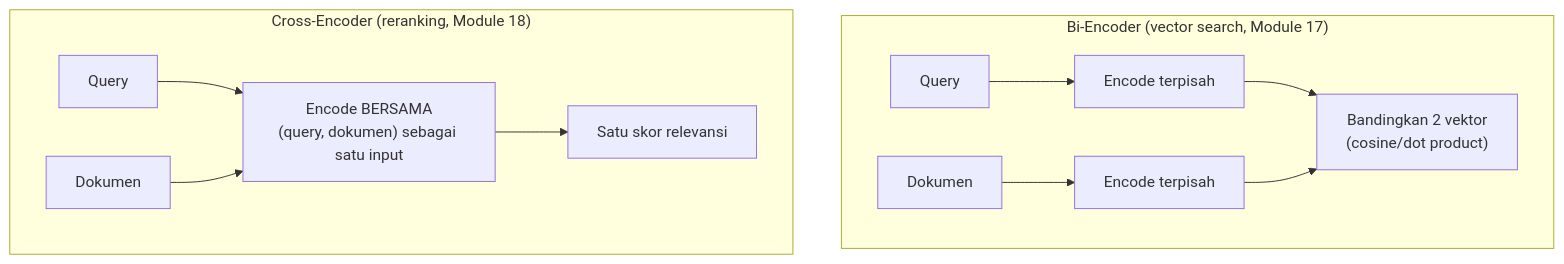
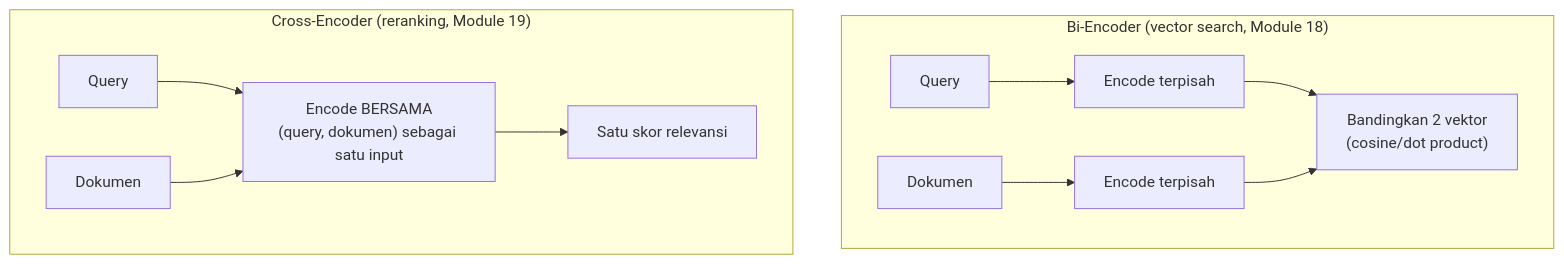
Before and after one commit to githubna-ilham/nala_ai: the second of 3 diagrams in Module-19-Reranking-Cross-Encoder/materi.md, drawn with Mermaid. The commit also changed other lines of this file and 1 other file, not shown here.

Commit message:
Module 19-20 (dulu 18-19): perbaiki H1 title dan semua cross-reference nomor modul setelah pemisahan Module 12/13

````diff
--- a/Module-19-Reranking-Cross-Encoder/materi.md
+++ b/Module-19-Reranking-Cross-Encoder/materi.md
@@ -40,14 +40,14 @@
 ```mermaid
 flowchart TB
-    subgraph "Bi-Encoder (vector search, Module 17)"
+    subgraph "Bi-Encoder (vector search, Module 18)"
         Q1["Query"] --> EQ["Encode terpisah"]
         D1["Dokumen"] --> ED["Encode terpisah"]
         EQ --> S1["Bandingkan 2 vektor<br/>(cosine/dot product)"]
         ED --> S1
     end
-    subgraph "Cross-Encoder (reranking, Module 18)"
+    subgraph "Cross-Encoder (reranking, Module 19)"
         Q2["Query"] --> C["Encode BERSAMA<br/>(query, dokumen) sebagai satu input"]
         D2["Dokumen"] --> C
         C --> S2["Satu skor relevansi"]
     end
 ```
````
